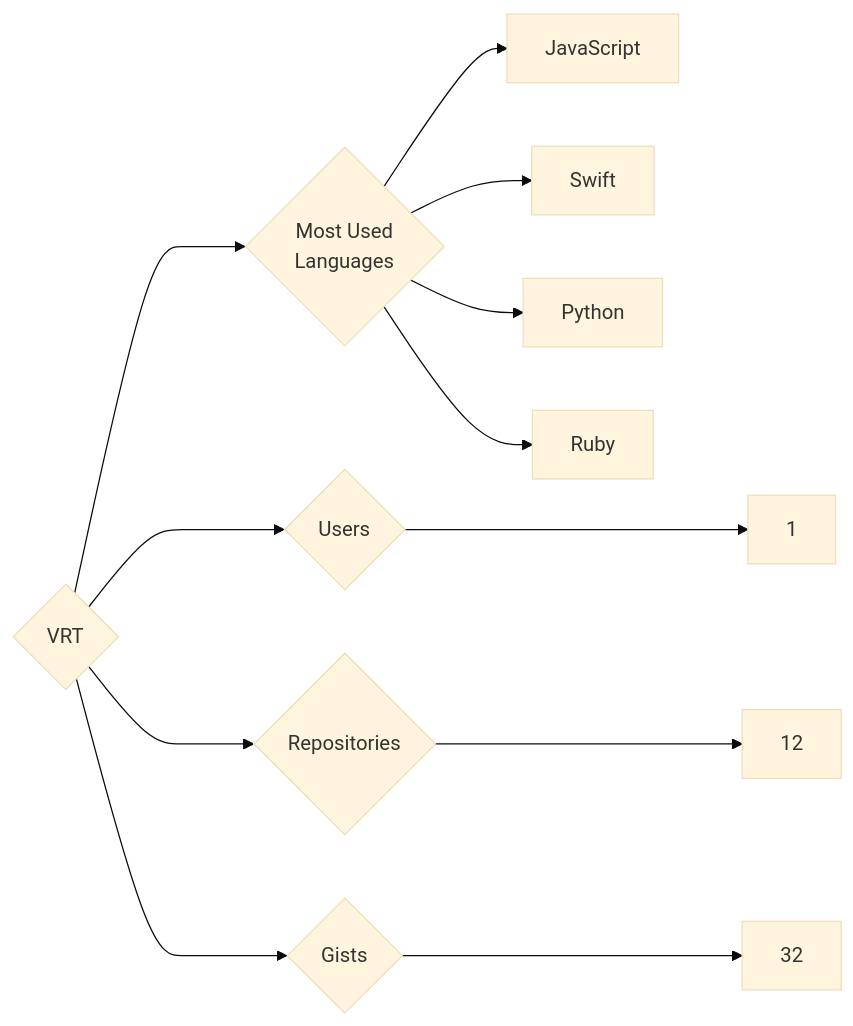
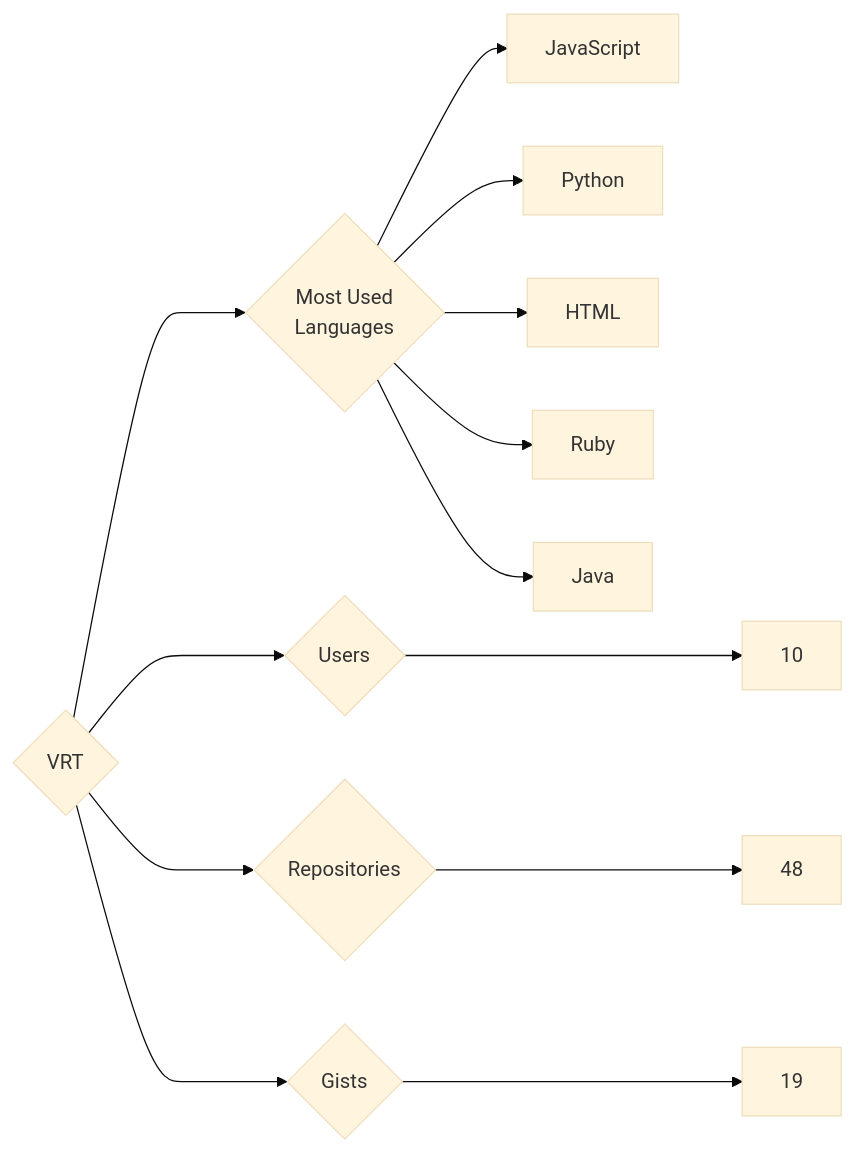
Before and after one commit to trickest/insiders: the diagram in targets/VRT/README.md, drawn with Mermaid (base theme). The commit also changed 953 other files, not shown here.

````diff
--- a/targets/VRT/README.md
+++ b/targets/VRT/README.md
@@ -3,12 +3,13 @@
 ```mermaid
 graph LR
 COMPANY_NAME{VRT}
-COMPANY_NAME ---> U{Users} ---> UN[1]
-COMPANY_NAME ---> R{Repositories} ---> RN[12]
-COMPANY_NAME ---> G{Gists} ---> GN[32]
+COMPANY_NAME ---> U{Users} ---> UN[10]
+COMPANY_NAME ---> R{Repositories} ---> RN[48]
+COMPANY_NAME ---> G{Gists} ---> GN[19]
 COMPANY_NAME ---> ML{Most Used<br>Languages}
 ML --> JavaScript[JavaScript]
-ML --> Swift[Swift]
 ML --> Python[Python]
+ML --> HTML[HTML]
 ML --> Ruby[Ruby]
+ML --> Java[Java]
 ```
````
